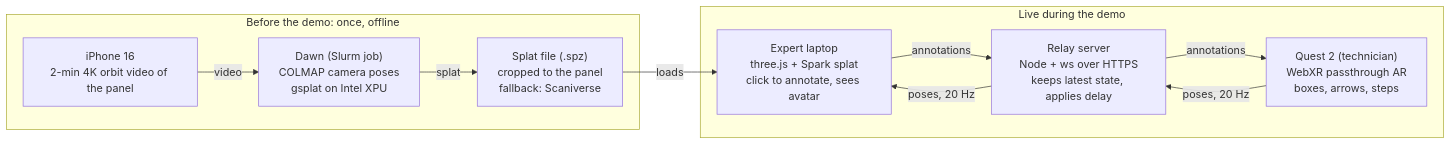
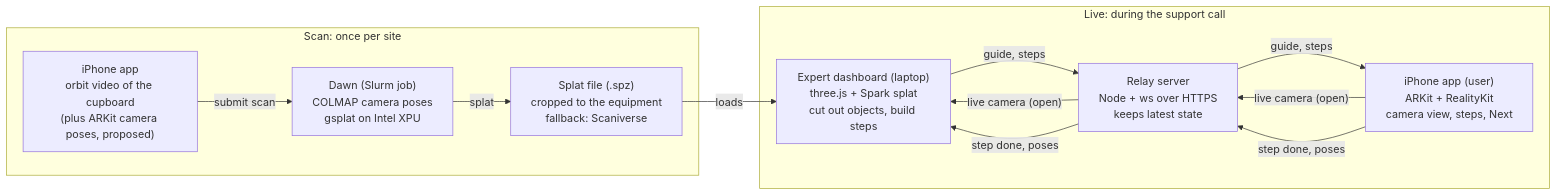
Before and after one commit to meep-boop/durhack-2026-team-sonic: the diagram in docs/remote-assist/architecture.md, drawn with Mermaid. The commit also changed other lines of this file and 2 other files, not shown here.

````diff
--- a/docs/remote-assist/architecture.md
+++ b/docs/remote-assist/architecture.md
@@ -6,17 +10,18 @@
 ```mermaid
 flowchart LR
-  subgraph Offline["Before the demo: once, offline"]
-    phone["iPhone 16<br/>2-min 4K orbit video of the panel"]
+  subgraph Scan["Scan: once per site"]
+    phone1["iPhone app<br/>orbit video of the cupboard<br/>(plus ARKit camera poses, proposed)"]
     dawn["Dawn (Slurm job)<br/>COLMAP camera poses<br/>gsplat on Intel XPU"]
-    splat["Splat file (.spz)<br/>cropped to the panel<br/>fallback: Scaniverse"]
-    phone -- video --> dawn -- splat --> splat
+    splat["Splat file (.spz)<br/>cropped to the equipment<br/>fallback: Scaniverse"]
+    phone1 -- "submit scan" --> dawn -- splat --> splat
   end
-  subgraph Live["Live during the demo"]
-    quest["Quest 2 (technician)<br/>WebXR passthrough AR<br/>boxes, arrows, steps"]
-    relay["Relay server<br/>Node + ws over HTTPS<br/>keeps latest state, applies delay"]
-    expert["Expert laptop<br/>three.js + Spark splat<br/>click to annotate, sees avatar"]
-    expert -- annotations --> relay -- annotations --> quest
-    quest -- "poses, 20 Hz" --> relay -- "poses, 20 Hz" --> expert
+  subgraph Live["Live: during the support call"]
+    phone["iPhone app (user)<br/>ARKit + RealityKit<br/>camera view, steps, Next"]
+    relay["Relay server<br/>Node + ws over HTTPS<br/>keeps latest state"]
+    expert["Expert dashboard (laptop)<br/>three.js + Spark splat<br/>cut out objects, build steps"]
+    phone -- "live camera (open)" --> relay -- "live camera (open)" --> expert
+    expert -- "guide, steps" --> relay -- "guide, steps" --> phone
+    phone -- "step done, poses" --> relay -- "step done, poses" --> expert
   end
   splat -- loads --> expert
 ```
````
